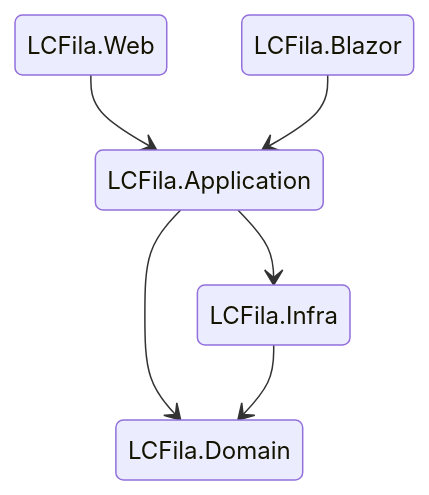
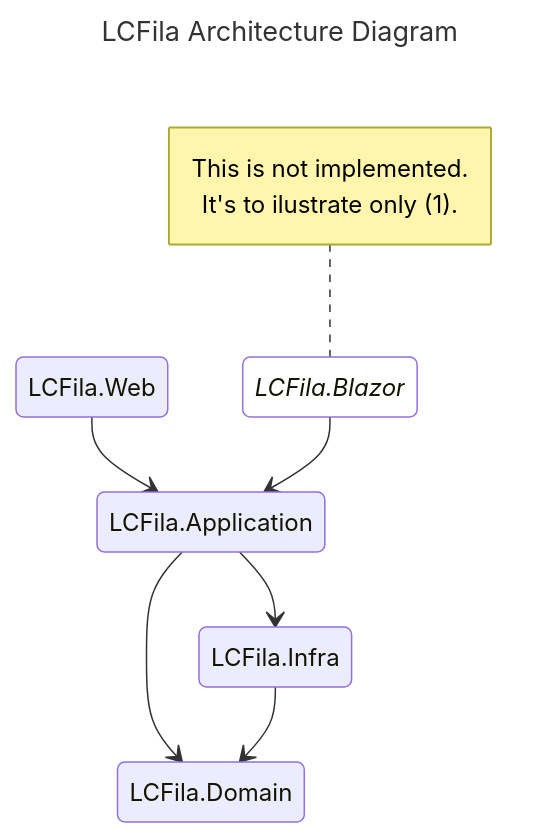
The diagram in README.md (luigicfilho/SuaVez), drawn with Mermaid before and after one commit. The commit also changed other lines of this file, not shown here.

Commit message:
Update mermaid of architecture

````diff
--- a/README.md
+++ b/README.md
@@ -70,8 +71,21 @@
 ```mermaid
-stateDiagram-v2
+---
+title: LCFila Architecture Diagram
+---
+stateDiagram
+    accTitle: Layers Diagram of LC Fila Application
+    accDescr: Layers Diagram of LC Fila Application
+
+    classDef notImplemented fill:white, font-style:italic
+
     LCFila.Web --> LCFila.Application 
-    LCFila.Blazor --> LCFila.Application
+    LCFila.Blazor:::notImplemented --> LCFila.Application
     LCFila.Application --> LCFila.Infra
     LCFila.Application --> LCFila.Domain
     LCFila.Infra --> LCFila.Domain
+
+    note left of LCFila.Blazor
+        This is not implemented.
+        It's to ilustrate only (1).
+    end note
 ```
````
